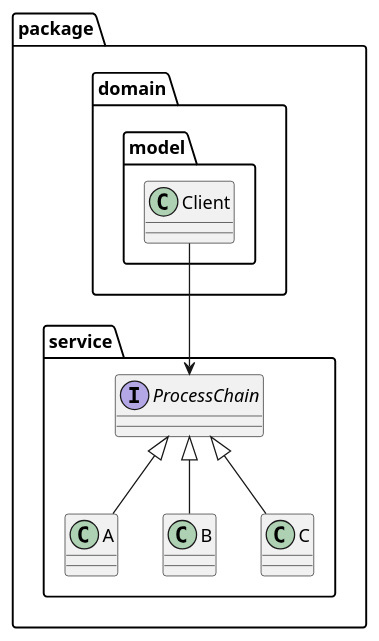
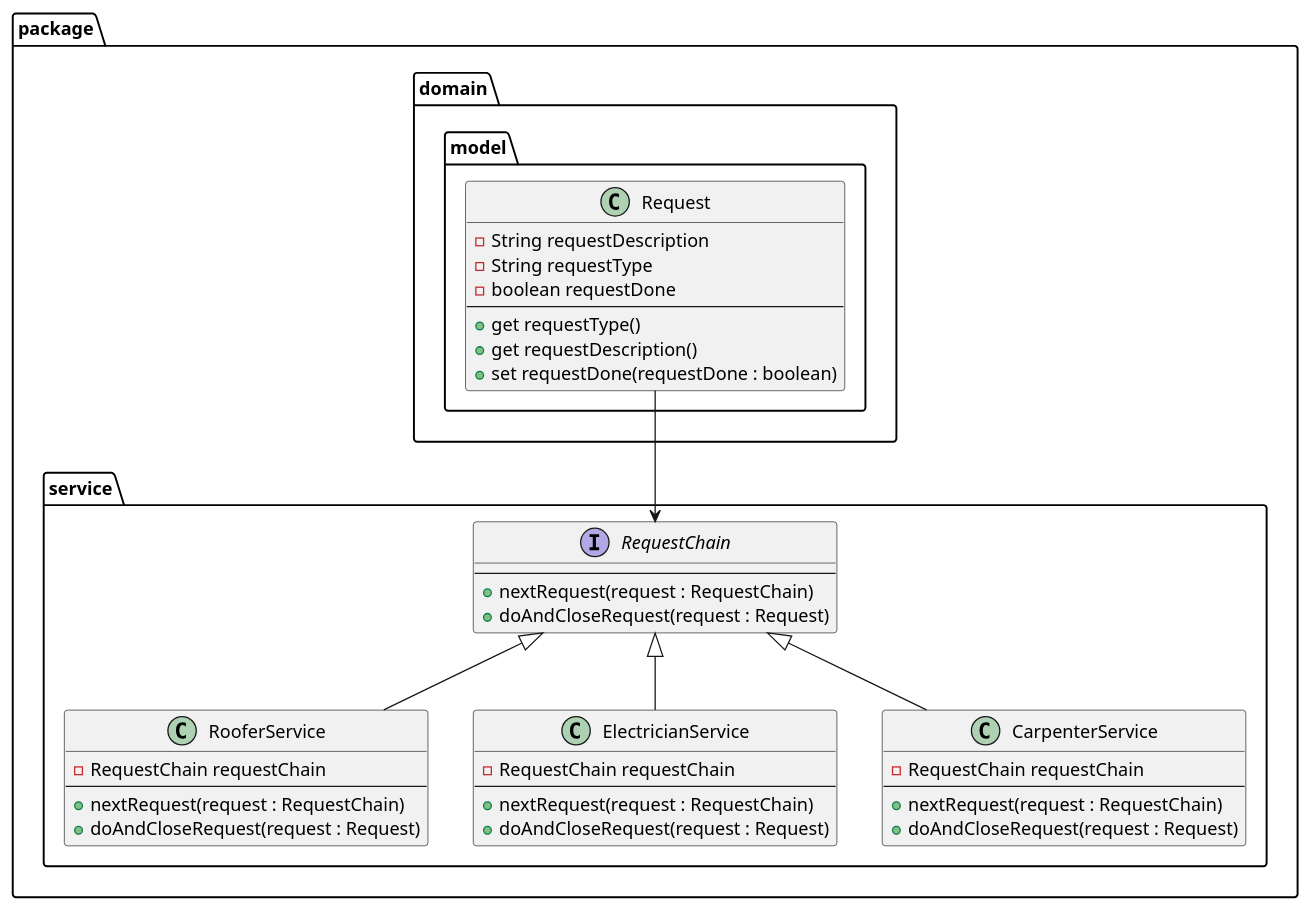
Before and after one commit to Zeljko-Predjeskovic/Chain-Of-Responsibility-Pattern: the diagram in Classdiagramm.md, drawn with PlantUML. The commit also changed 76 other files, not shown here.

````diff
--- a/Classdiagramm.md
+++ b/Classdiagramm.md
@@ -1,29 +1,56 @@
 ```plantuml
 
 @startuml
 
 
 namespace package.service{
-    interface "ProcessChain" as chain{}
+    interface "RequestChain" as chain{
+        --
+        +nextRequest(request : RequestChain)
+        +doAndCloseRequest(request : Request)
+    }
 
-    class "A" as a{}
+    class "RooferService" as a{
+        -RequestChain requestChain
+        --
+        +nextRequest(request : RequestChain)
+        +doAndCloseRequest(request : Request)
+    }
 
-    class "B" as b{}
+    class "ElectricianService" as b{
+        -RequestChain requestChain
+        --
+        +nextRequest(request : RequestChain)
+        +doAndCloseRequest(request : Request)
+    }
 
-    class "C" as c{}
+    class "CarpenterService" as c{
+        -RequestChain requestChain
+        --
+        +nextRequest(request : RequestChain)
+        +doAndCloseRequest(request : Request)
+    }
 }
 
 namespace package.domain.model{
-    class "Client" as client{}
+    class "Request" as client{
+        -String requestDescription
+        -String requestType
+        -boolean requestDone
+        --
+        +get requestType()
+        +get requestDescription()
+        +set requestDone(requestDone : boolean)
+    }
 }
 
 package.service.a -u-|> package.service.chain
 package.service.b -u-|> package.service.chain
 package.service.c -u-|> package.service.chain
 
 package.domain.model.client --> package.service.chain
 
 
 
 @enduml
 ```
````
